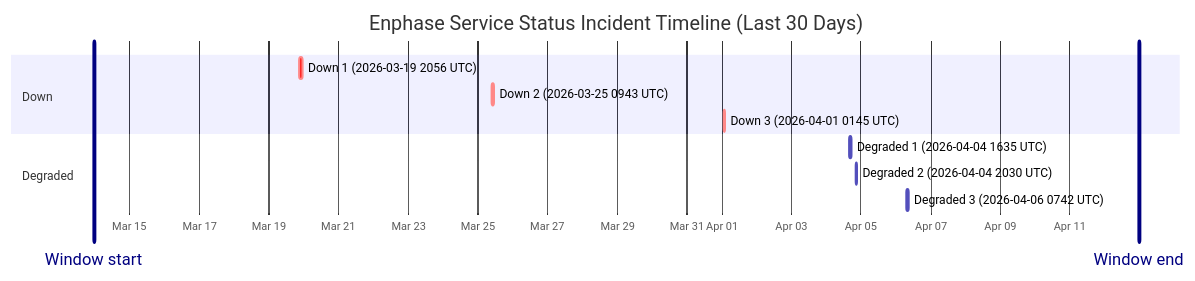
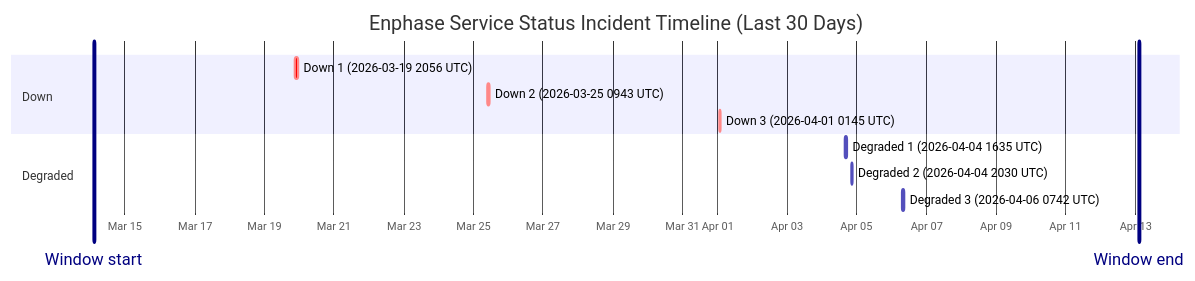
Before and after one commit to barneyonline/ha-enphase-ev-charger: the diagram in wiki/Service-Status-History.md, drawn with Mermaid. The commit also changed other lines of this file and 3 other files, not shown here.

````diff
--- a/wiki/Service-Status-History.md
+++ b/wiki/Service-Status-History.md
@@ -14,16 +14,16 @@
 ```mermaid
 gantt
     title Enphase Service Status Incident Timeline (Last 30 Days)
     dateFormat  YYYY-MM-DDTHH:mm:ss
     axisFormat  %b %d
-    Window start :vert, window-start, 2026-03-13T23:34:01, 0ms
-    Window end :vert, window-end, 2026-04-12T23:34:01, 0ms
+    Window start :vert, window-start, 2026-03-14T02:36:20, 0ms
+    Window end :vert, window-end, 2026-04-13T02:36:20, 0ms
     section Down
     Down 1 (2026-03-19 2056 UTC) :crit, down-1, 2026-03-19T20:56:20, 145m
     Down 2 (2026-03-25 0943 UTC) :crit, down-2, 2026-03-25T09:43:28, 111m
     Down 3 (2026-04-01 0145 UTC) :crit, down-3, 2026-04-01T01:45:09, 60m
     section Degraded
     Degraded 1 (2026-04-04 1635 UTC) :active, degraded-1, 2026-04-04T16:35:17, 60m
     Degraded 2 (2026-04-04 2030 UTC) :active, degraded-2, 2026-04-04T20:30:40, 60m
     Degraded 3 (2026-04-06 0742 UTC) :active, degraded-3, 2026-04-06T07:42:09, 85m
 ```
````
